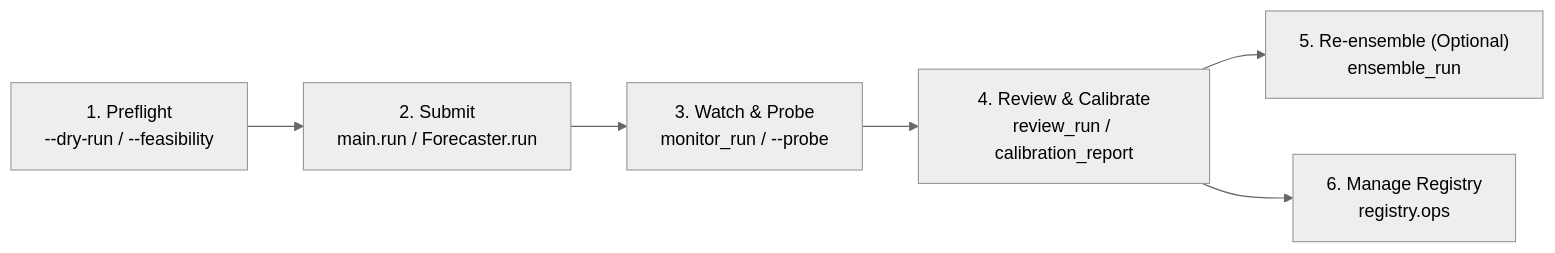
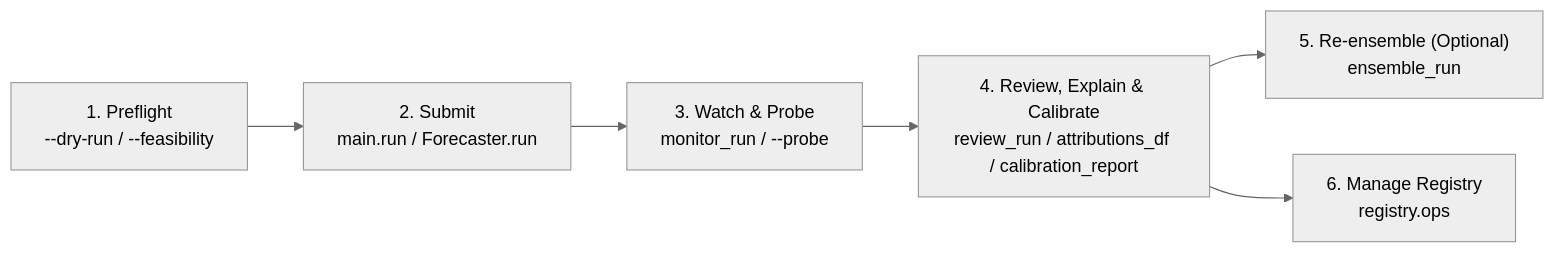
One commit to statmike/scale-forecasting changed the diagram in docs/running_and_reviewing.md. Above: the diagram before and after it, drawn with Mermaid (neutral theme). The commit also changed other lines of this file and 102 other files, not shown here.

````diff
--- a/docs/running_and_reviewing.md
+++ b/docs/running_and_reviewing.md
@@ -8,8 +8,8 @@
 ```mermaid
 flowchart LR
-    S1["1. Preflight\n--dry-run / --feasibility"] --> S2["2. Submit\nmain.run / Forecaster.run"]
-    S2 --> S3["3. Watch & Probe\nmonitor_run / --probe"]
-    S3 --> S4["4. Review & Calibrate\nreview_run / calibration_report"]
-    S4 --> S5["5. Re-ensemble (Optional)\nensemble_run"]
-    S4 --> S6["6. Manage Registry\nregistry.ops"]
+    S1["1. Preflight<br/>--dry-run / --feasibility"] --> S2["2. Submit<br/>main.run / Forecaster.run"]
+    S2 --> S3["3. Watch & Probe<br/>monitor_run / --probe"]
+    S3 --> S4["4. Review, Explain & Calibrate<br/>review_run / attributions_df / calibration_report"]
+    S4 --> S5["5. Re-ensemble (Optional)<br/>ensemble_run"]
+    S4 --> S6["6. Manage Registry<br/>registry.ops"]
 ```
````
